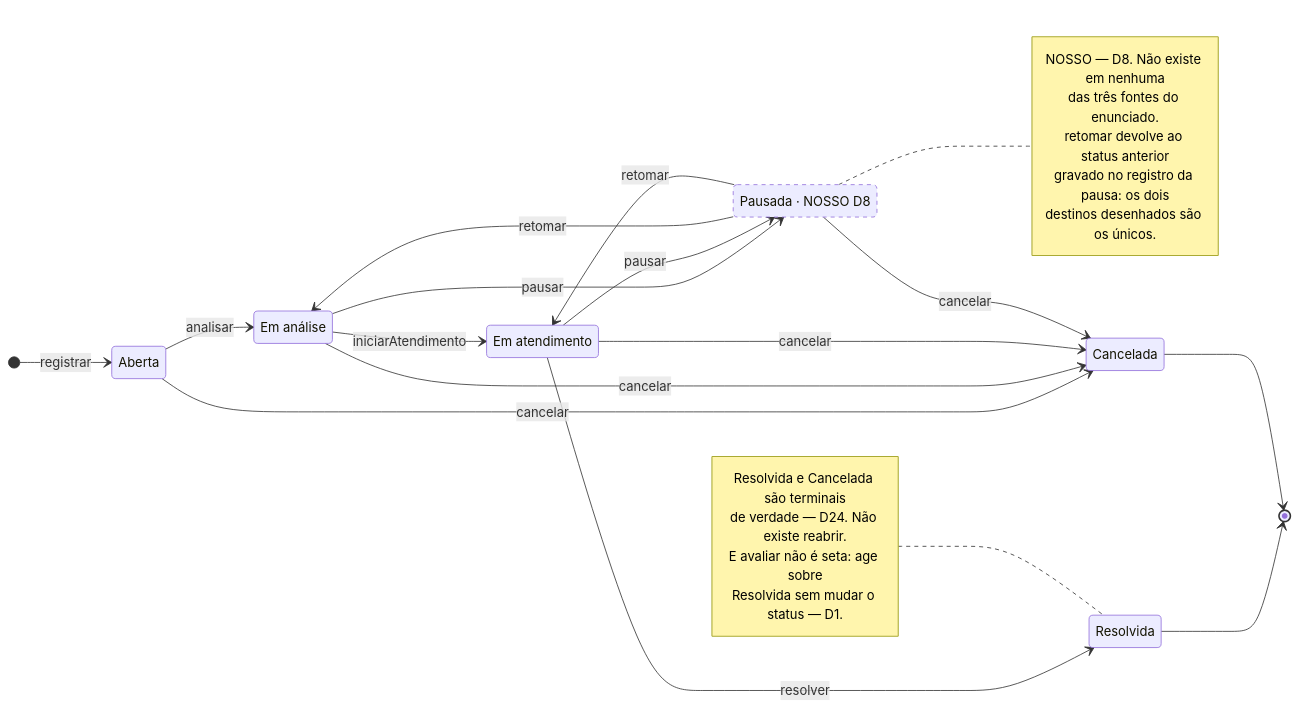
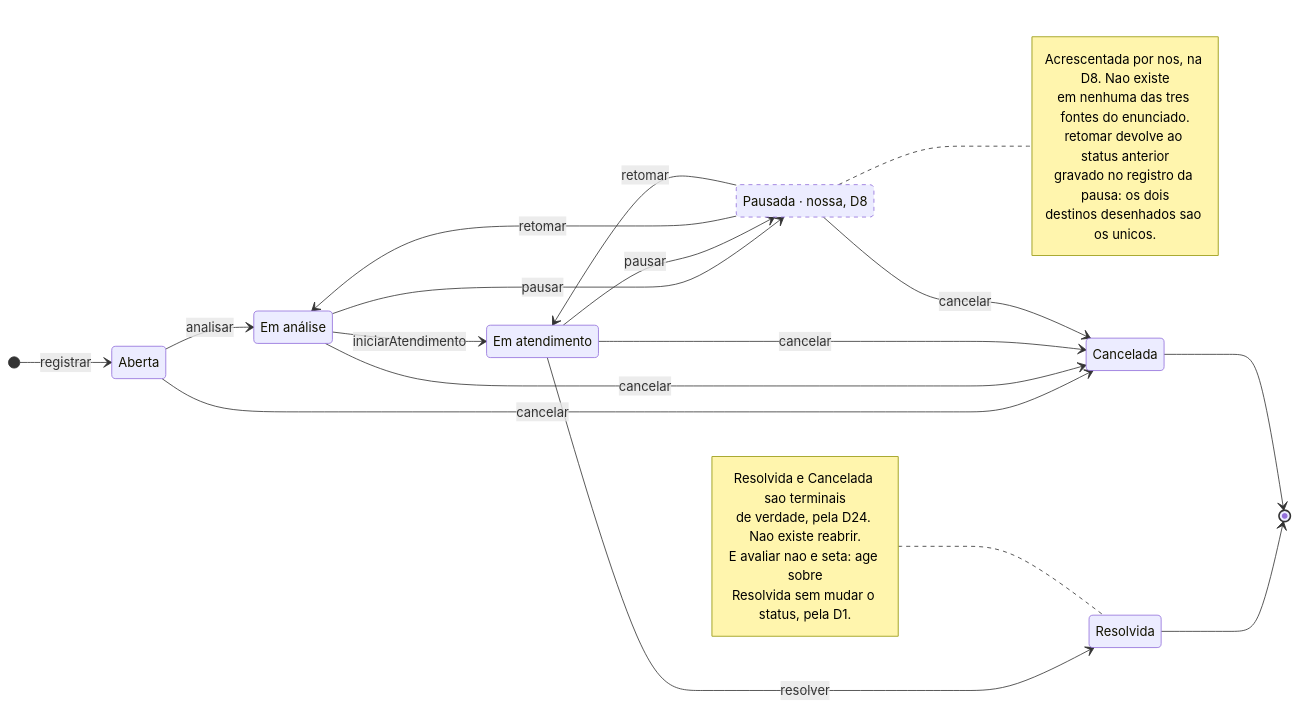
One commit to natanjunior/8FSDT-Hackathon changed the second of 3 diagrams in docs/arquitetura.md. Above: the diagram before and after it, drawn with Mermaid. The commit also changed other lines of this file and 1 other file, not shown here.

First line of the commit message:
docs(arquitetura): o desenho passa a se sustentar sem citar de onde veio

````diff
--- a/docs/arquitetura.md
+++ b/docs/arquitetura.md
@@ -163,48 +143,48 @@
 ```mermaid
 stateDiagram-v2
     direction LR
 
     state "Aberta" as ABERTA
     state "Em análise" as ANALISE
     state "Em atendimento" as ATENDIMENTO
-    state "Pausada · NOSSO D8" as PAUSADA
+    state "Pausada · nossa, D8" as PAUSADA
     state "Resolvida" as RESOLVIDA
     state "Cancelada" as CANCELADA
 
     [*] --> ABERTA : registrar
 
     ABERTA --> ANALISE : analisar
     ANALISE --> ATENDIMENTO : iniciarAtendimento
     ATENDIMENTO --> RESOLVIDA : resolver
 
     ANALISE --> PAUSADA : pausar
     ATENDIMENTO --> PAUSADA : pausar
     PAUSADA --> ANALISE : retomar
     PAUSADA --> ATENDIMENTO : retomar
 
     ABERTA --> CANCELADA : cancelar
     ANALISE --> CANCELADA : cancelar
     ATENDIMENTO --> CANCELADA : cancelar
     PAUSADA --> CANCELADA : cancelar
 
     RESOLVIDA --> [*]
     CANCELADA --> [*]
 
     note right of PAUSADA
-        NOSSO — D8. Não existe em nenhuma
-        das três fontes do enunciado.
+        Acrescentada por nos, na D8. Nao existe
+        em nenhuma das tres fontes do enunciado.
         retomar devolve ao status anterior
         gravado no registro da pausa: os dois
-        destinos desenhados são os únicos.
+        destinos desenhados sao os unicos.
     end note
 
     note left of RESOLVIDA
-        Resolvida e Cancelada são terminais
-        de verdade — D24. Não existe reabrir.
-        E avaliar não é seta: age sobre
-        Resolvida sem mudar o status — D1.
+        Resolvida e Cancelada sao terminais
+        de verdade, pela D24. Nao existe reabrir.
+        E avaliar nao e seta: age sobre
+        Resolvida sem mudar o status, pela D1.
     end note
 
     classDef nosso stroke-dasharray: 5 5
     class PAUSADA nosso
 ```
````
